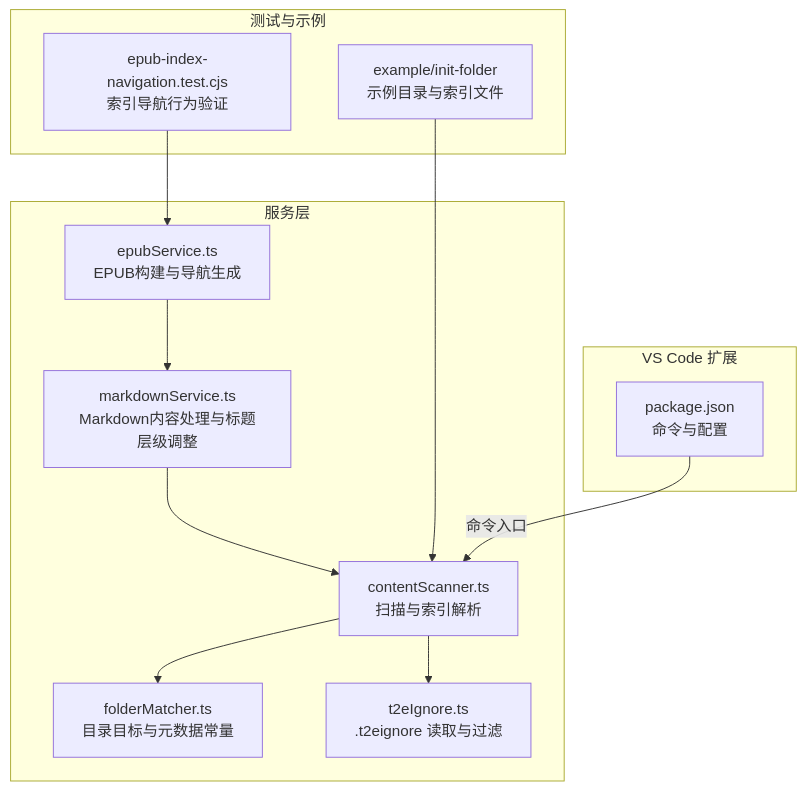
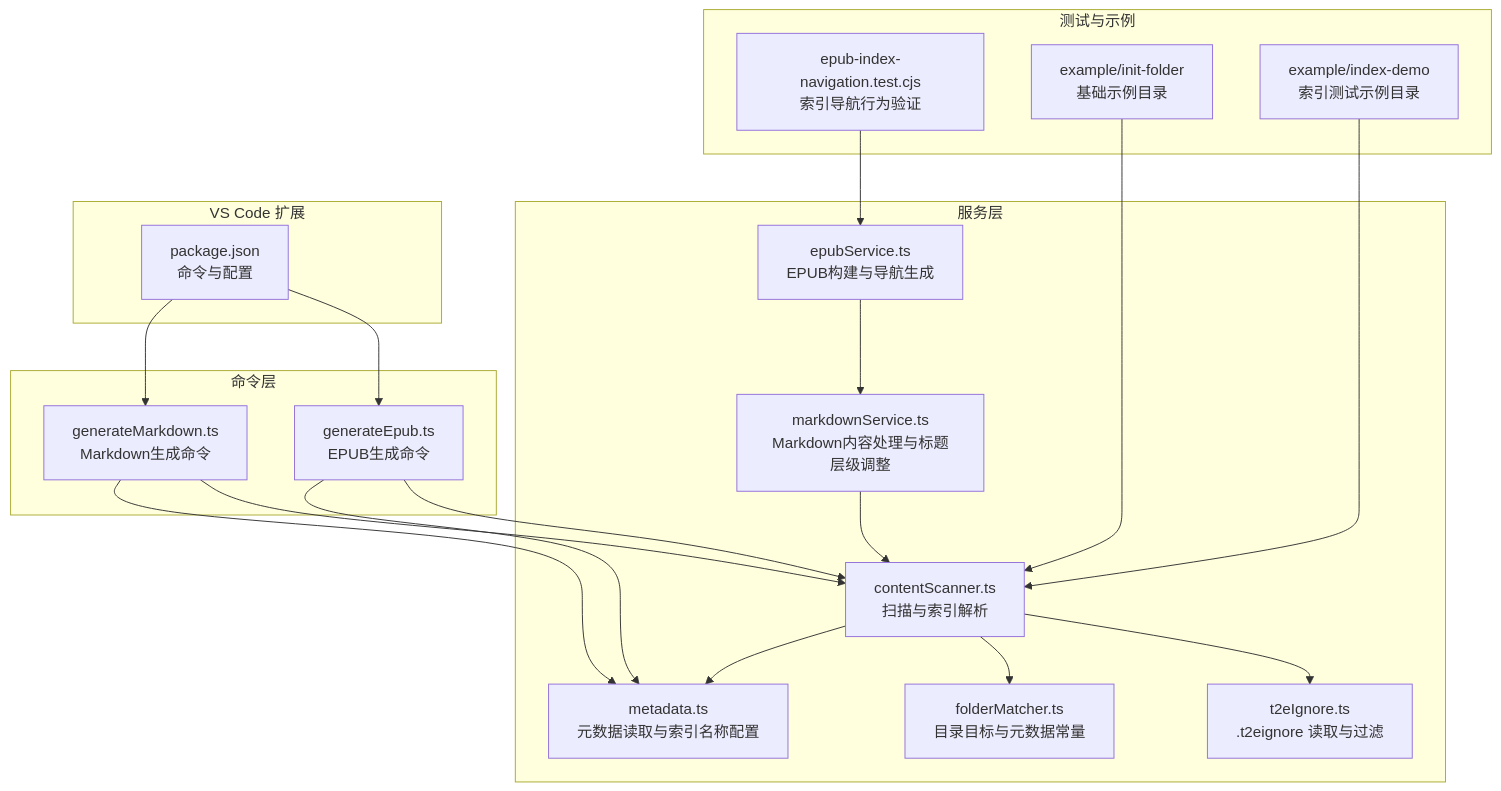
Before and after one commit to someok/vscode-folder2epub: the first of 5 diagrams in .qoder/repowiki/zh/content/技术架构详解/内容扫描系统/索引文件处理.md, drawn with Mermaid. The commit also changed other lines of this file and 4 other files, not shown here.

````diff
--- a/.qoder/repowiki/zh/content/技术架构详解/内容扫描系统/索引文件处理.md
+++ b/.qoder/repowiki/zh/content/技术架构详解/内容扫描系统/索引文件处理.md
@@ -60,24 +74,37 @@
 ```mermaid
 graph TB
 subgraph "服务层"
 CS["contentScanner.ts<br/>扫描与索引解析"]
 FM["folderMatcher.ts<br/>目录目标与元数据常量"]
 TI["t2eIgnore.ts<br/>.t2eignore 读取与过滤"]
 MS["markdownService.ts<br/>Markdown内容处理与标题层级调整"]
 ES["epubService.ts<br/>EPUB构建与导航生成"]
+MET["metadata.ts<br/>元数据读取与索引名称配置"]
+end
+subgraph "命令层"
+GE["generateEpub.ts<br/>EPUB生成命令"]
+GM["generateMarkdown.ts<br/>Markdown生成命令"]
 end
 subgraph "测试与示例"
 TEST["epub-index-navigation.test.cjs<br/>索引导航行为验证"]
-EX["example/init-folder<br/>示例目录与索引文件"]
+EX1["example/init-folder<br/>基础示例目录"]
+EX2["example/index-demo<br/>索引测试示例目录"]
 end
 subgraph "VS Code 扩展"
 PKG["package.json<br/>命令与配置"]
 end
 CS --> TI
 CS --> FM
+CS --> MET
+GE --> CS
+GE --> MET
+GM --> CS
+GM --> MET
 MS --> CS
 ES --> MS
 TEST --> ES
-EX --> CS
-PKG --> |"命令入口"| CS
+EX1 --> CS
+EX2 --> CS
+PKG --> GE
+PKG --> GM
 ```
````
